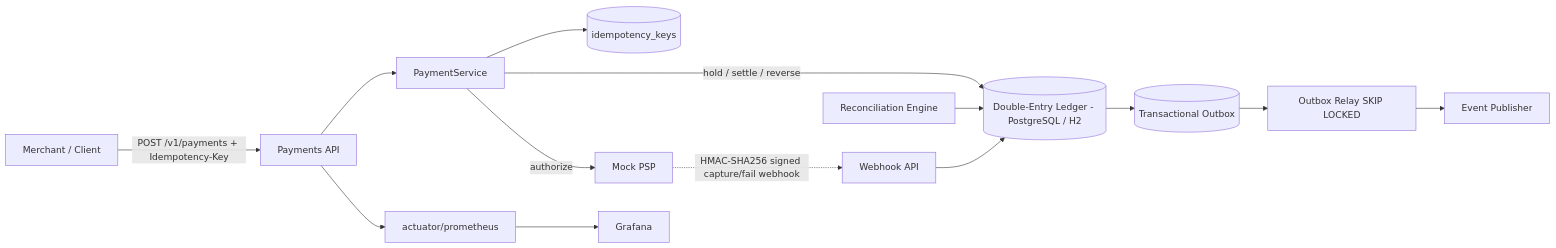
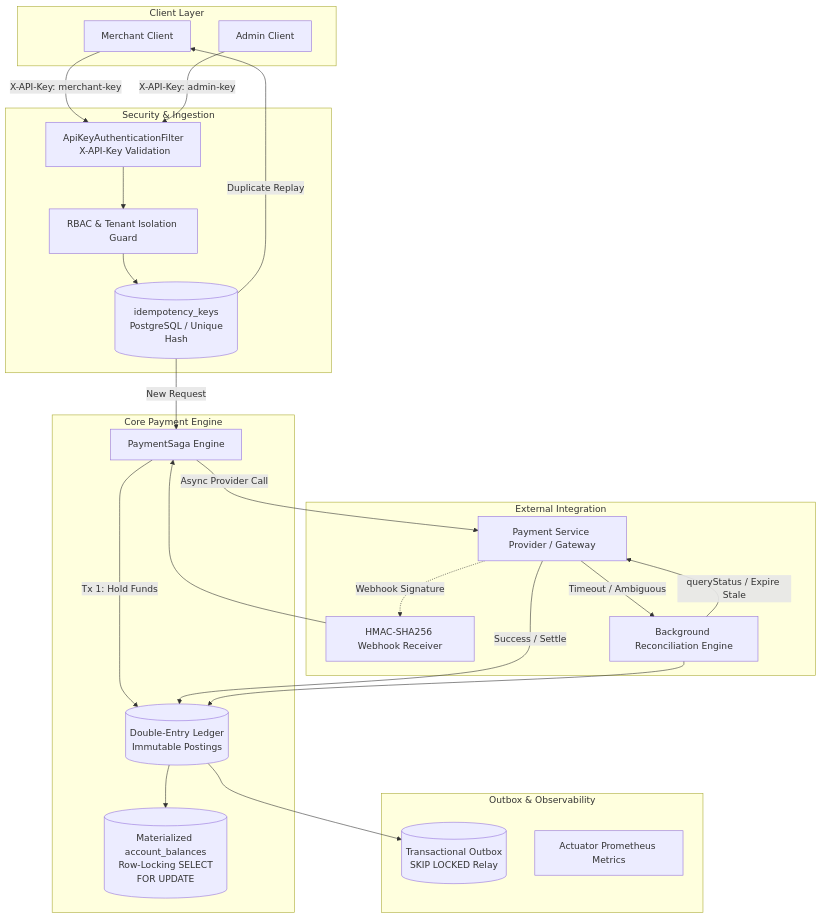
The diagram in README.md (Suriya528/payments-ledger-platform), drawn with Mermaid before and after one commit. The commit also changed other lines of this file and 31 other files, not shown here.

First line of the commit message:
feat(core): implement payment failure recovery, Spring Security, financial validations, and CI pipeline

````diff
--- a/README.md
+++ b/README.md
@@ -17,14 +19,49 @@
 ```mermaid
-flowchart LR
-  client[Merchant / Client] -->|POST /v1/payments + Idempotency-Key| api[Payments API]
-  api --> svc[PaymentService]
-  svc --> idem[(idempotency_keys)]
-  svc -->|hold / settle / reverse| ledger[(Double-Entry Ledger - PostgreSQL / H2)]
-  svc -->|authorize| psp[Mock PSP]
-  psp -. HMAC-SHA256 signed capture/fail webhook .-> wh[Webhook API]
-  wh --> ledger
-  ledger --> outbox[(Transactional Outbox)]
-  outbox --> relay[Outbox Relay SKIP LOCKED] --> sink[Event Publisher]
-  recon[Reconciliation Engine] --> ledger
-  api --> prom[actuator/prometheus] --> grafana[Grafana]
+flowchart TD
+  subgraph Client Layer
+    M[Merchant Client]
+    A[Admin Client]
+  end
+
+  subgraph Security & Ingestion
+    Filter[ApiKeyAuthenticationFilter\n X-API-Key Validation]
+    AuthCheck[RBAC & Tenant Isolation Guard]
+    IdemCheck[(idempotency_keys\n PostgreSQL / Unique Hash)]
+  end
+
+  subgraph Core Payment Engine
+    Saga[PaymentSaga Engine]
+    Ledger[(Double-Entry Ledger\n Immutable Postings)]
+    Bal[(Materialized account_balances\n Row-Locking SELECT FOR UPDATE)]
+  end
+
+  subgraph External Integration
+    PSP[Payment Service Provider / Gateway]
+    WH[HMAC-SHA256 Webhook Receiver]
+    Recon[Background Reconciliation Engine]
+  end
+
+  subgraph Outbox & Observability
+    Outbox[(Transactional Outbox\n SKIP LOCKED Relay)]
+    Prom[Actuator Prometheus Metrics]
+  end
+
+  M -->|X-API-Key: merchant-key| Filter
+  A -->|X-API-Key: admin-key| Filter
+  Filter --> AuthCheck
+  AuthCheck --> IdemCheck
+  IdemCheck -->|New Request| Saga
+  IdemCheck -->|Duplicate Replay| M
+
+  Saga -->|Tx 1: Hold Funds| Ledger
+  Ledger --> Bal
+  Saga -->|Async Provider Call| PSP
+  PSP -->|Success / Settle| Ledger
+  PSP -->|Timeout / Ambiguous| Recon
+  PSP -.->|Webhook Signature| WH
+  WH --> Saga
+
+  Ledger --> Outbox
+  Recon -->|queryStatus / Expire Stale| PSP
+  Recon --> Ledger
 ```
````
